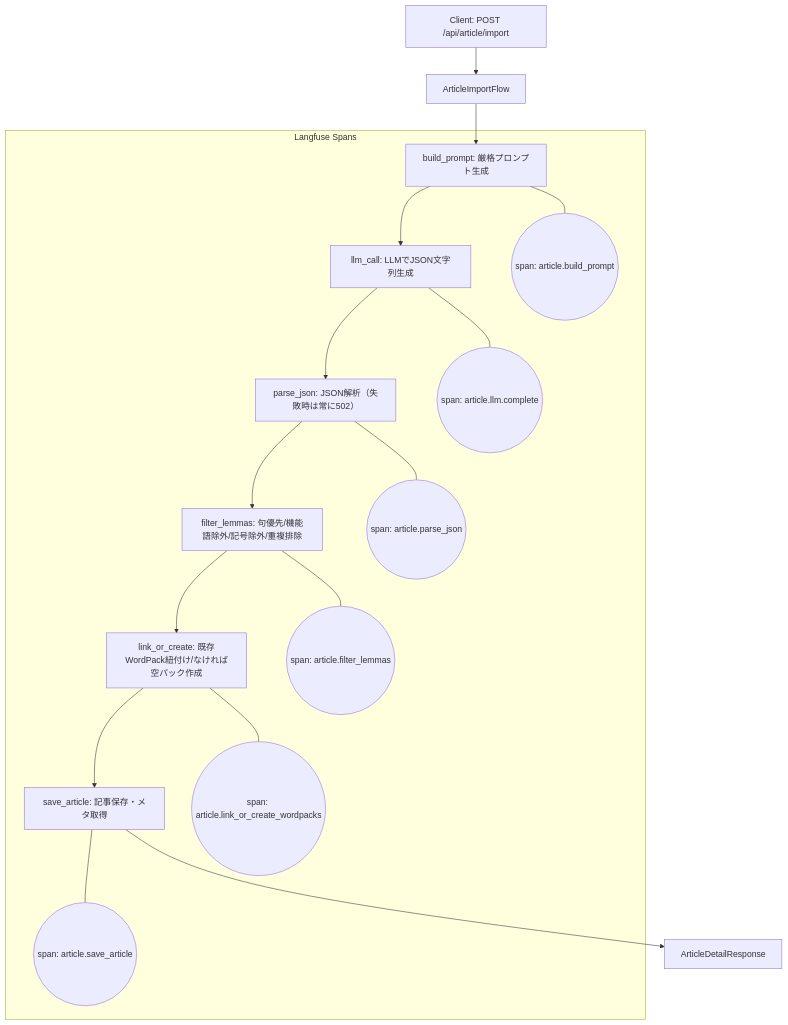
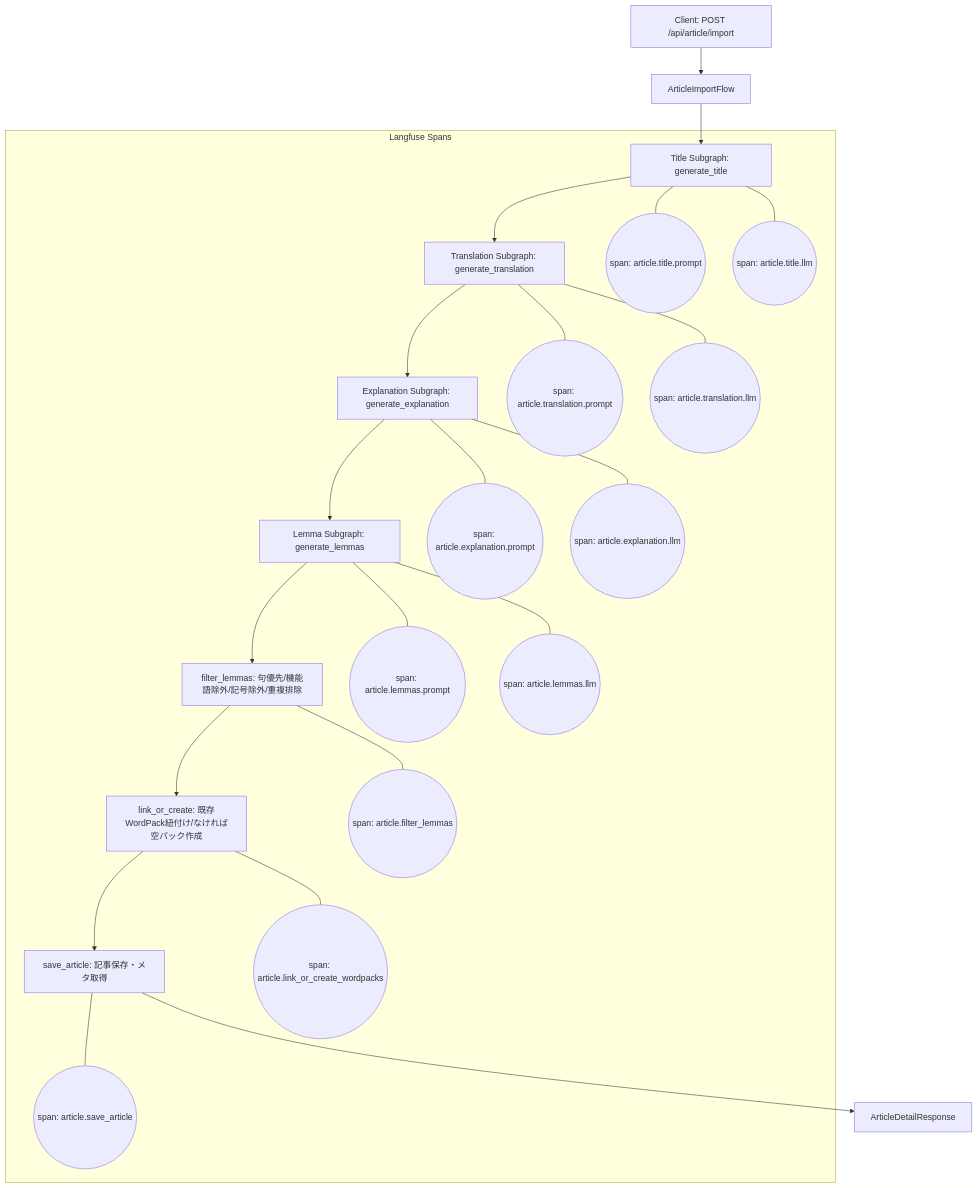
The second of 2 diagrams in docs/flows.md (RiSEblackbird/wordpack-for-english), drawn with Mermaid before and after one commit. The commit also changed 3 other files, not shown here.

````diff
--- a/docs/flows.md
+++ b/docs/flows.md
@@ -19,20 +19,26 @@
 ```mermaid
 graph TD
     A[Client: POST /api/article/import] --> B[ArticleImportFlow];
-    B --> C[build_prompt: 厳格プロンプト生成];
-    C --> D[llm_call: LLMでJSON文字列生成];
-    D --> E[parse_json: JSON解析（失敗時は常に502）];
-    E --> F[filter_lemmas: 句優先/機能語除外/記号除外/重複排除];
-    F --> G[link_or_create: 既存WordPack紐付け/なければ空パック作成];
-    G --> H[save_article: 記事保存・メタ取得];
-    H --> I[ArticleDetailResponse];
+    B --> T[Title Subgraph: generate_title];
+    T --> TR[Translation Subgraph: generate_translation];
+    TR --> EX[Explanation Subgraph: generate_explanation];
+    EX --> LM[Lemma Subgraph: generate_lemmas];
+    LM --> FL[filter_lemmas: 句優先/機能語除外/記号除外/重複排除];
+    FL --> LC[link_or_create: 既存WordPack紐付け/なければ空パック作成];
+    LC --> SA[save_article: 記事保存・メタ取得];
+    SA --> R[ArticleDetailResponse];
 
     subgraph Langfuse Spans
-        C --- C1((span: article.build_prompt))
-        D --- D1((span: article.llm.complete))
-        E --- E1((span: article.parse_json))
-        F --- F1((span: article.filter_lemmas))
-        G --- G1((span: article.link_or_create_wordpacks))
-        H --- H1((span: article.save_article))
+        T --- T1((span: article.title.prompt))
+        T --- T2((span: article.title.llm))
+        TR --- TR1((span: article.translation.prompt))
+        TR --- TR2((span: article.translation.llm))
+        EX --- EX1((span: article.explanation.prompt))
+        EX --- EX2((span: article.explanation.llm))
+        LM --- LM1((span: article.lemmas.prompt))
+        LM --- LM2((span: article.lemmas.llm))
+        FL --- FL1((span: article.filter_lemmas))
+        LC --- LC1((span: article.link_or_create_wordpacks))
+        SA --- SA1((span: article.save_article))
     end
 ```
````
